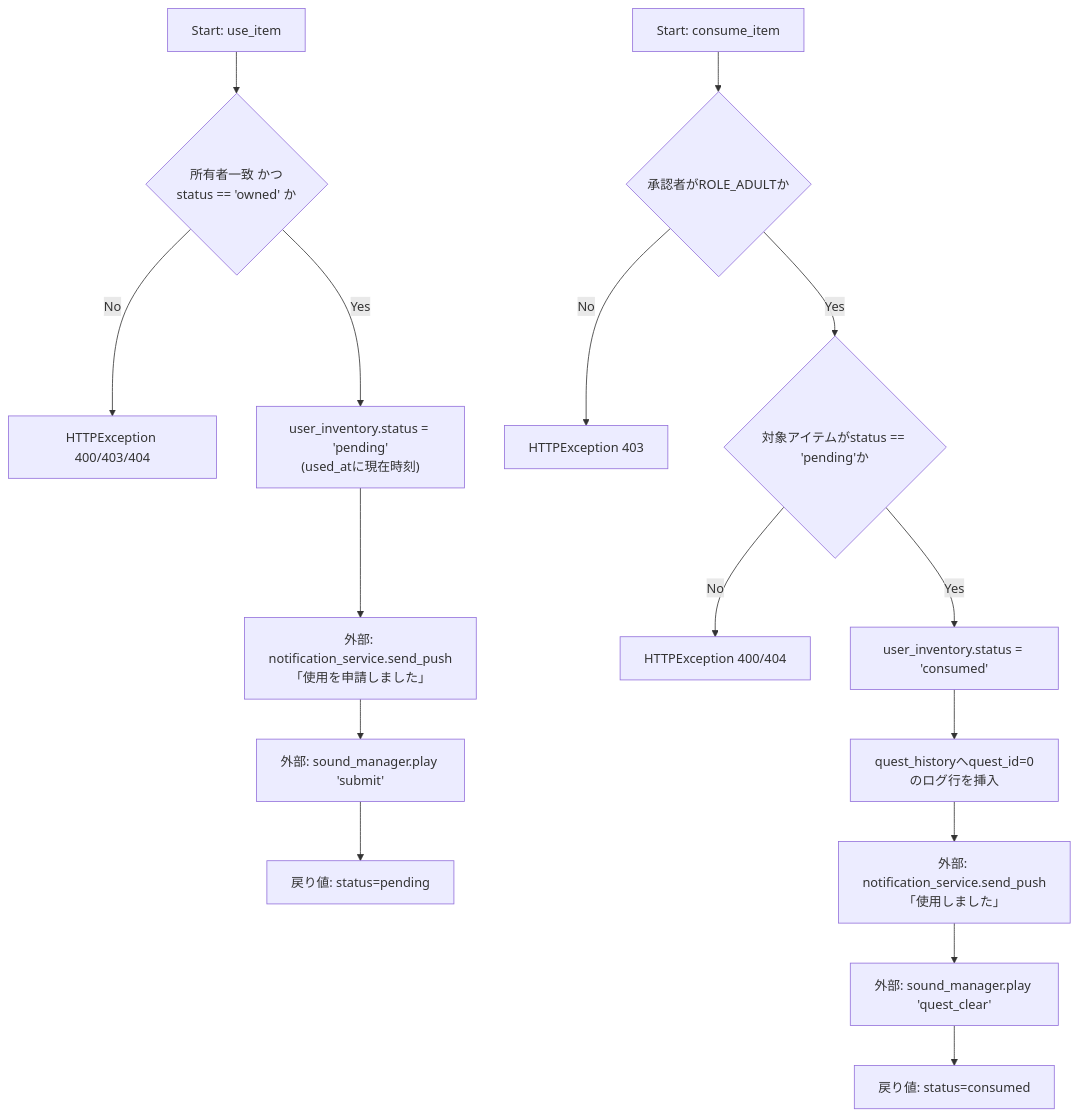
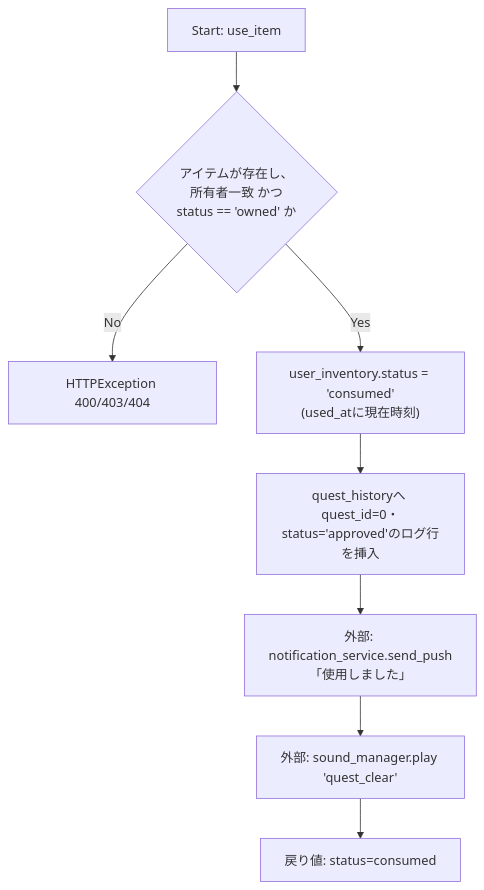
Before and after one commit to mmtigers/my_python_project: the fourth of 5 diagrams in docs/specifications/MY_HOME_SYSTEM/quest_service.md, drawn with Mermaid. The commit also changed other lines of this file and 6 other files, not shown here.

````diff
--- a/docs/specifications/MY_HOME_SYSTEM/quest_service.md
+++ b/docs/specifications/MY_HOME_SYSTEM/quest_service.md
@@ -670,19 +636,10 @@
 ```mermaid
 flowchart TD
-    UStart[Start: use_item] --> UCheck{"所有者一致 かつ<br>status == 'owned' か"}
+    UStart[Start: use_item] --> UCheck{"アイテムが存在し、<br>所有者一致 かつ<br>status == 'owned' か"}
     UCheck -- No --> UErr[HTTPException 400/403/404]
-    UCheck -- Yes --> USetPending["user_inventory.status = 'pending'<br>(used_atに現在時刻)"]
-    USetPending --> UNotify["外部: notification_service.send_push<br>「使用を申請しました」"]
-    UNotify --> UPlaySound["外部: sound_manager.play 'submit'"]
-    UPlaySound --> UReturn["戻り値: status=pending"]
-
-    CoStart[Start: consume_item] --> CoAuth{"承認者がROLE_ADULTか"}
-    CoAuth -- No --> CoErr403[HTTPException 403]
-    CoAuth -- Yes --> CoCheck{"対象アイテムがstatus == 'pending'か"}
-    CoCheck -- No --> CoErr[HTTPException 400/404]
-    CoCheck -- Yes --> CoSetConsumed["user_inventory.status = 'consumed'"]
-    CoSetConsumed --> CoInsertHistory["quest_historyへquest_id=0のログ行を挿入"]
-    CoInsertHistory --> CoNotify["外部: notification_service.send_push<br>「使用しました」"]
-    CoNotify --> CoPlaySound["外部: sound_manager.play 'quest_clear'"]
-    CoPlaySound --> CoReturn["戻り値: status=consumed"]
+    UCheck -- Yes --> USetConsumed["user_inventory.status = 'consumed'<br>(used_atに現在時刻)"]
+    USetConsumed --> UInsertHistory["quest_historyへ quest_id=0・<br>status='approved'のログ行を挿入"]
+    UInsertHistory --> UNotify["外部: notification_service.send_push<br>「使用しました」"]
+    UNotify --> UPlaySound["外部: sound_manager.play 'quest_clear'"]
+    UPlaySound --> UReturn["戻り値: status=consumed"]
 ```
````
